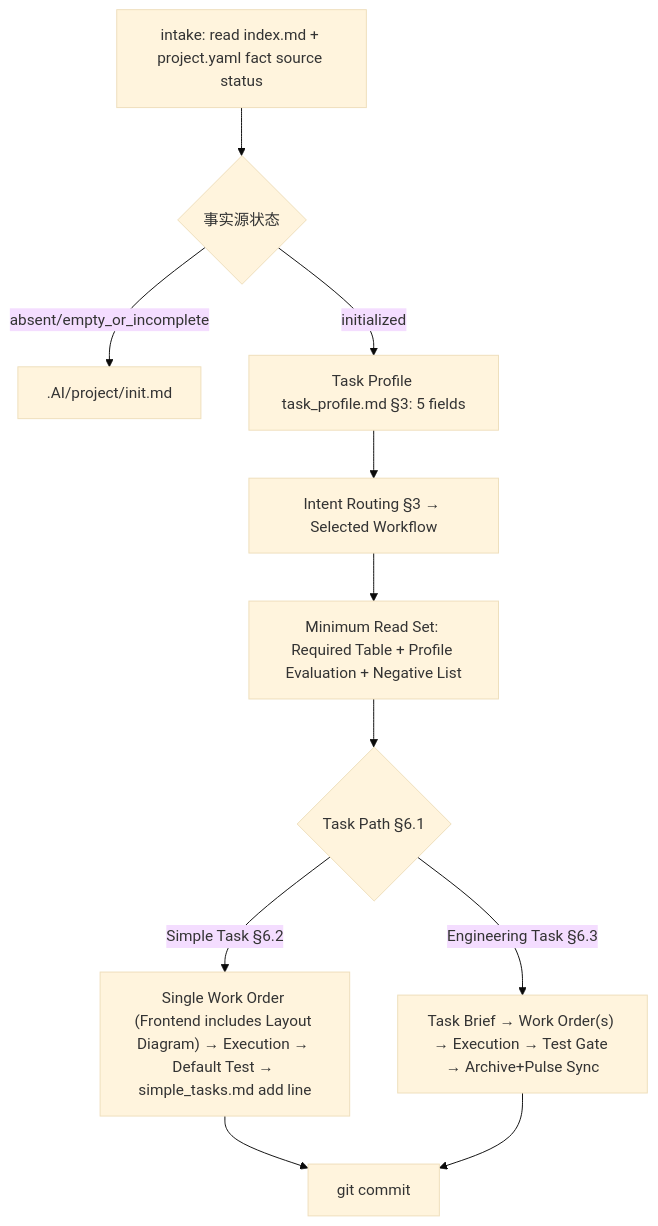
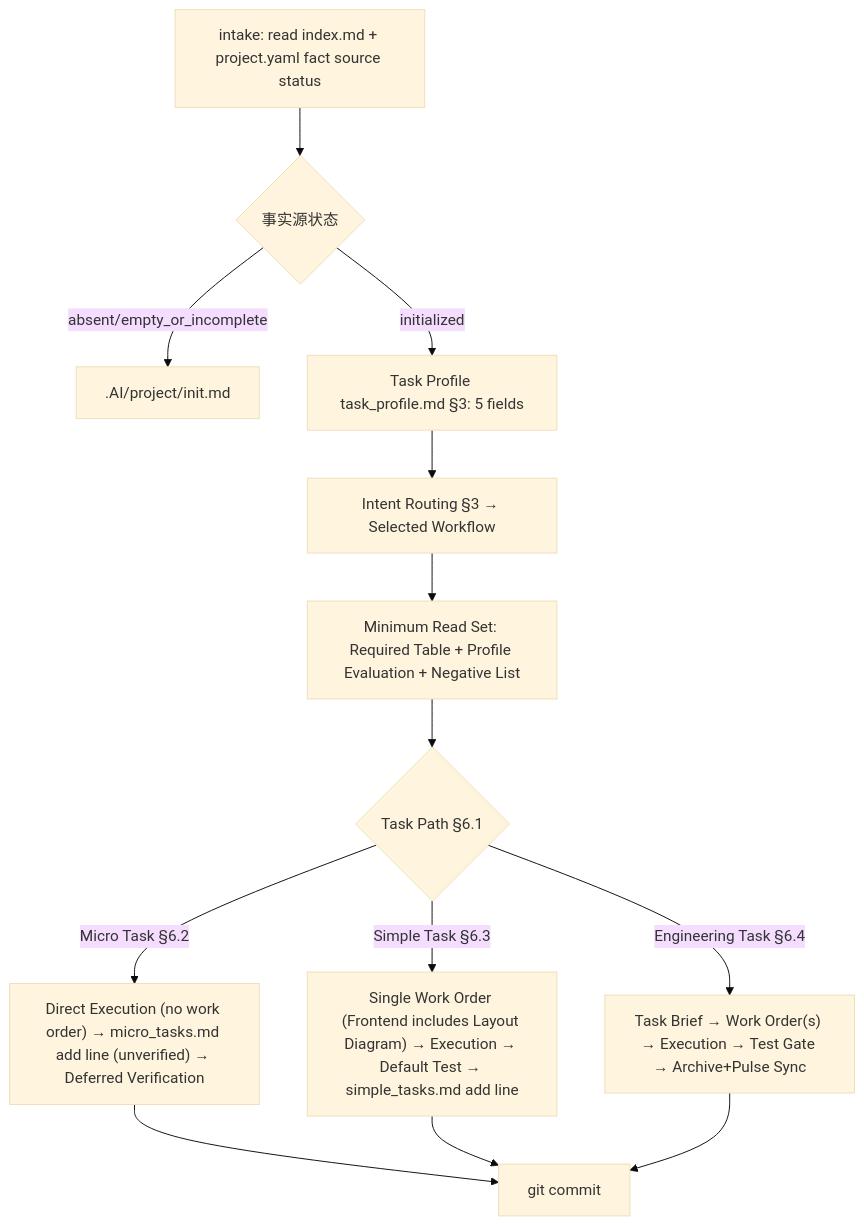
Before and after one commit to ldscfe/ALDS: the diagram in .AI/start.md, drawn with Mermaid (base theme). The commit also changed other lines of this file and 18 other files, not shown here.

First line of the commit message:
Add micro task tier (R23-R25): three-tier task path with deferred verification

````diff
--- a/.AI/start.md
+++ b/.AI/start.md
@@ -36,13 +37,15 @@
 ```mermaid
 flowchart TD
   A["intake: read index.md + project.yaml fact source status"] --> B{事实源状态}
   B -- absent/empty_or_incomplete --> I[".AI/project/init.md"]
   B -- initialized --> C["Task Profile task_profile.md §3: 5 fields"]
   C --> D["Intent Routing §3 → Selected Workflow"]
   D --> E["Minimum Read Set: Required Table + Profile Evaluation + Negative List"]
   E --> F{Task Path §6.1}
-  F -- "Simple Task §6.2" --> G1["Single Work Order (Frontend includes Layout Diagram) → Execution → Default Test → simple_tasks.md add line"]
-  F -- "Engineering Task §6.3" --> G2["Task Brief → Work Order(s) → Execution → Test Gate → Archive+Pulse Sync"]
-  G1 --> K["git commit"]
+  F -- "Micro Task §6.2" --> G0["Direct Execution (no work order) → micro_tasks.md add line (unverified) → Deferred Verification"]
+  F -- "Simple Task §6.3" --> G1["Single Work Order (Frontend includes Layout Diagram) → Execution → Default Test → simple_tasks.md add line"]
+  F -- "Engineering Task §6.4" --> G2["Task Brief → Work Order(s) → Execution → Test Gate → Archive+Pulse Sync"]
+  G0 --> K["git commit"]
+  G1 --> K
   G2 --> K
 ```
````
